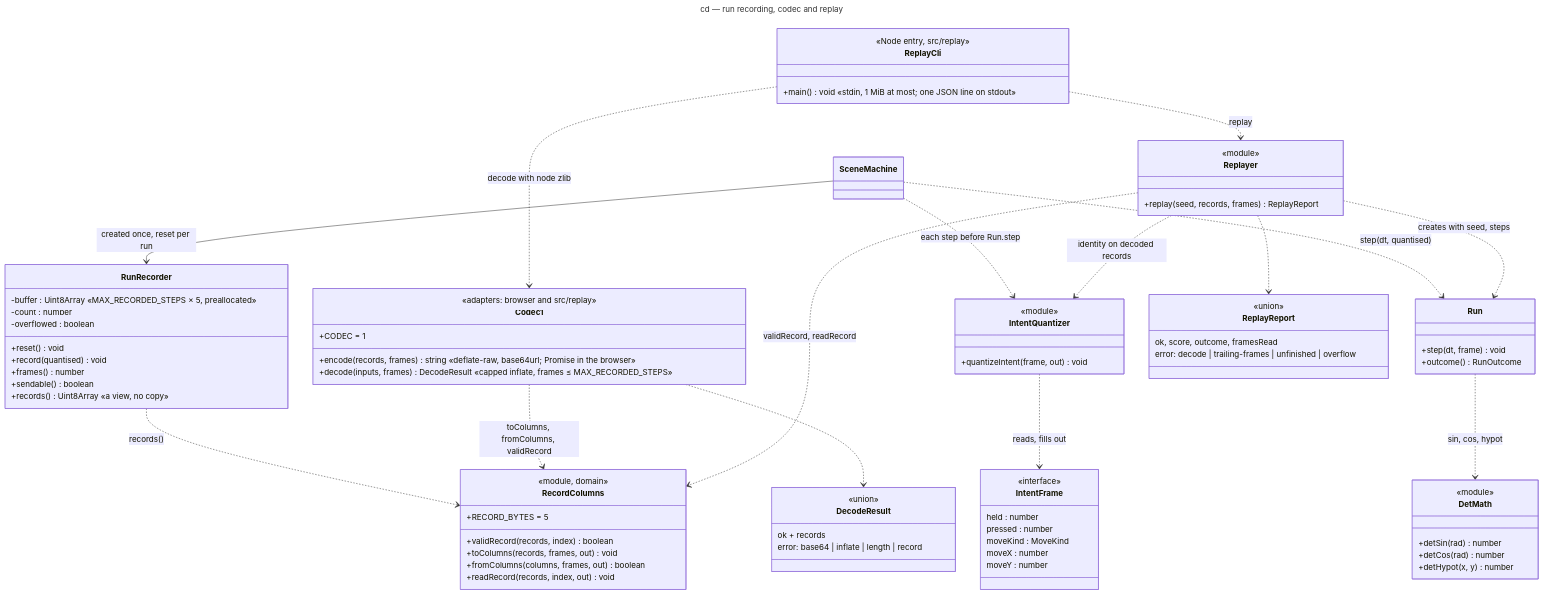
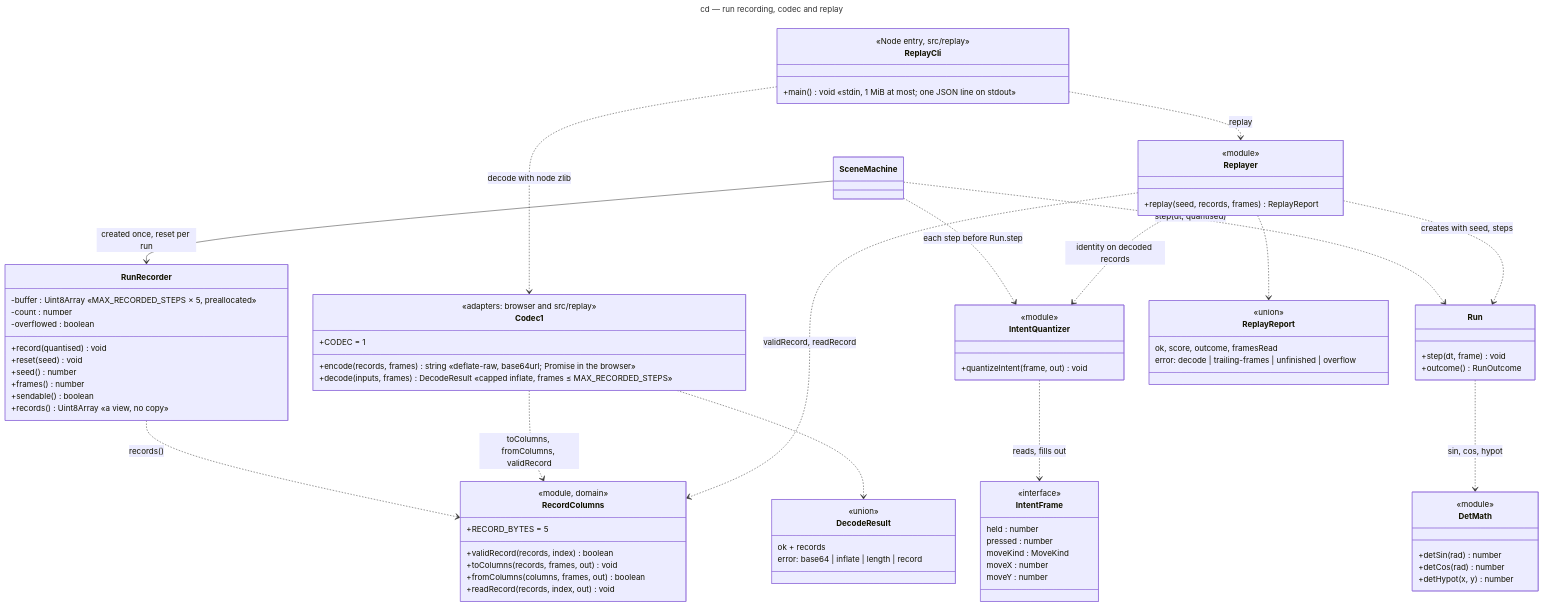
The diagram in docs/architecture/diagrams/gameplay/04-class-run-recording.md (benoit-bremaud/retro-shmup), drawn with Mermaid before and after one commit. The commit also changed 6 other files, not shown here.

```diff
--- a/docs/architecture/diagrams/gameplay/04-class-run-recording.md
+++ b/docs/architecture/diagrams/gameplay/04-class-run-recording.md
@@ -35,8 +35,9 @@
     -buffer : Uint8Array «MAX_RECORDED_STEPS × 5, preallocated»
     -count : number
     -overflowed : boolean
-    +reset() void
     +record(quantised) void
+    +reset(seed) void
+    +seed() number
     +frames() number
     +sendable() boolean
     +records() Uint8Array «a view, no copy»
```
